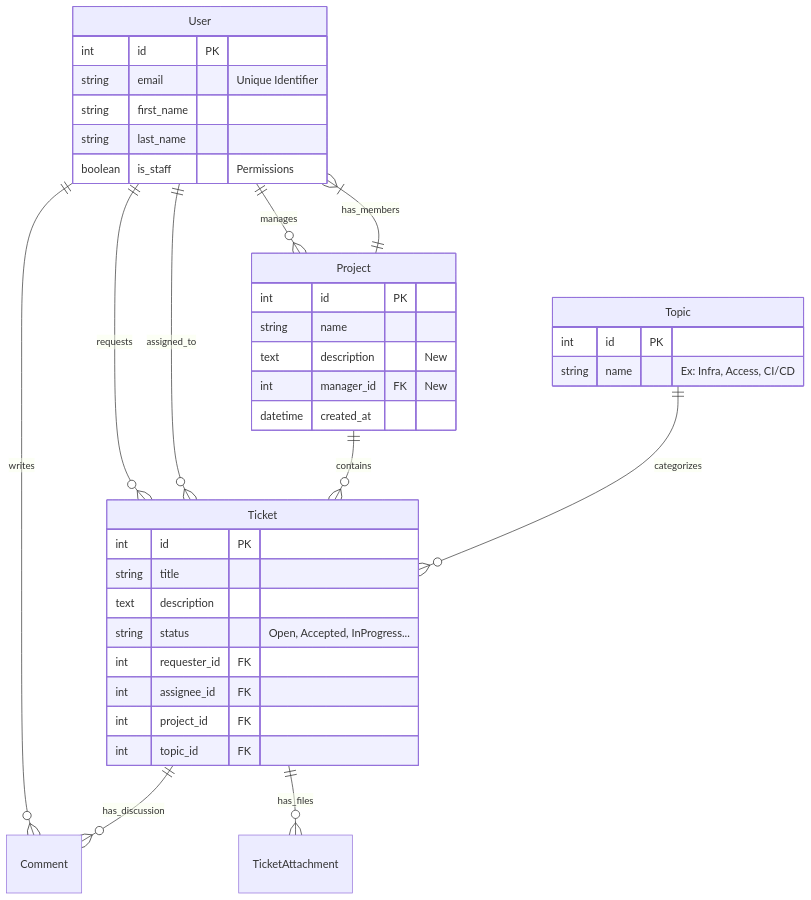
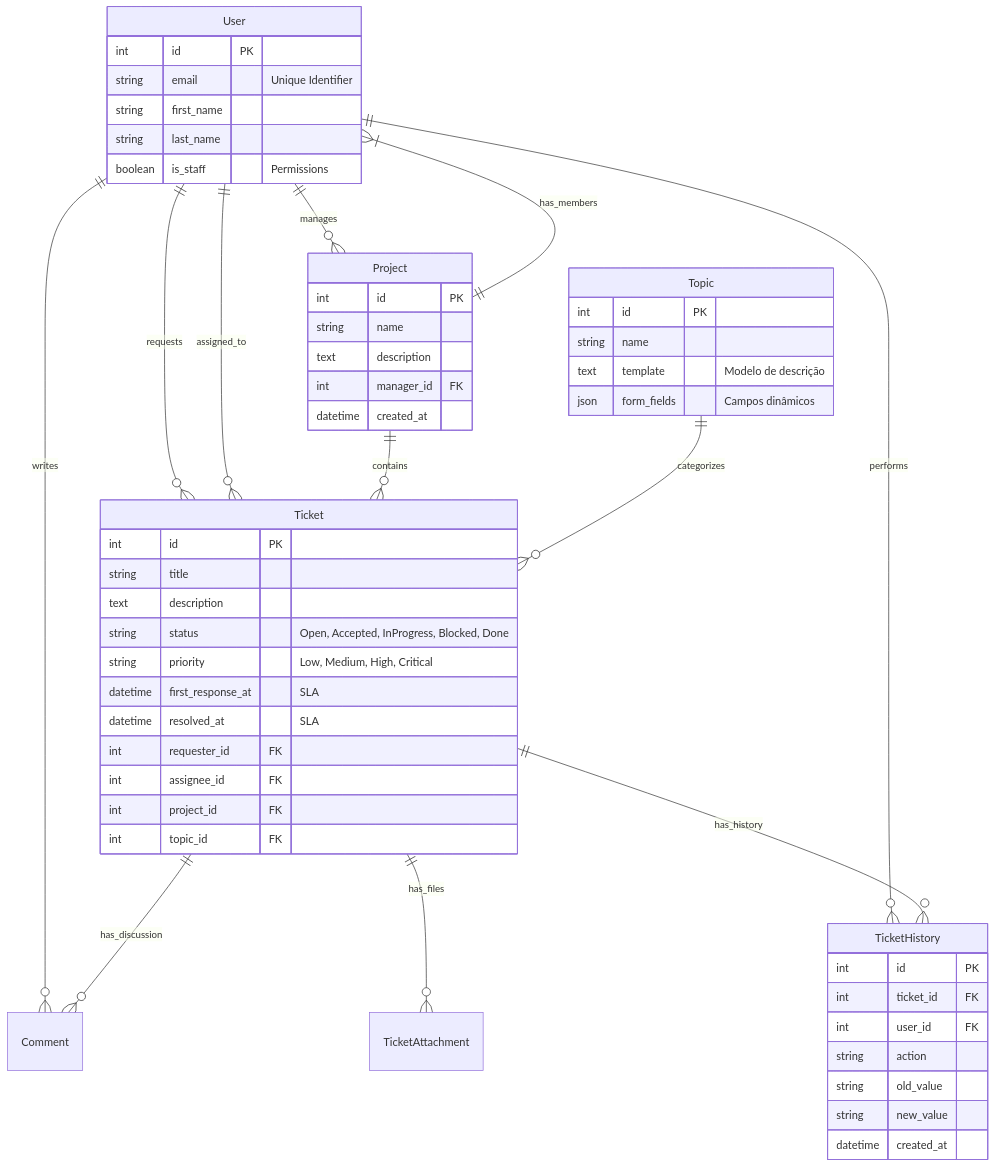
Before and after one commit to eriknathan/chama-devops: the second of 2 diagrams in docs/prd.md, drawn with Mermaid. The commit also changed other lines of this file and 19 other files, not shown here.

First line of the commit message:
✨ feat(tickets): implement topic-specific ticket creation flow

````diff
--- a/docs/prd.md
+++ b/docs/prd.md
@@ -72,47 +81,64 @@
 ```mermaid
 erDiagram
     User ||--o{ Project : "manages"
     User ||--o{ Ticket : "requests"
     User ||--o{ Ticket : "assigned_to"
     User ||--o{ Comment : "writes"
+    User ||--o{ TicketHistory : "performs"
     
     Project ||--o{ Ticket : "contains"
     Project ||--|{ User : "has_members"
     
     Topic ||--o{ Ticket : "categorizes"
     
     Ticket ||--o{ Comment : "has_discussion"
     Ticket ||--o{ TicketAttachment : "has_files"
+    Ticket ||--o{ TicketHistory : "has_history"
 
     User {
         int id PK
         string email "Unique Identifier"
         string first_name
         string last_name
         boolean is_staff "Permissions"
     }
 
     Project {
         int id PK
         string name
-        text description "New"
-        int manager_id FK "New"
+        text description
+        int manager_id FK
         datetime created_at
     }
 
     Topic {
         int id PK
-        string name "Ex: Infra, Access, CI/CD"
+        string name
+        text template "Modelo de descrição"
+        json form_fields "Campos dinâmicos"
     }
 
     Ticket {
         int id PK
         string title
         text description
-        string status "Open, Accepted, InProgress..."
+        string status "Open, Accepted, InProgress, Blocked, Done"
+        string priority "Low, Medium, High, Critical"
+        datetime first_response_at "SLA"
+        datetime resolved_at "SLA"
         int requester_id FK
         int assignee_id FK
         int project_id FK
         int topic_id FK
     }
+
+    TicketHistory {
+        int id PK
+        int ticket_id FK
+        int user_id FK
+        string action
+        string old_value
+        string new_value
+        datetime created_at
+    }
 ```
````
